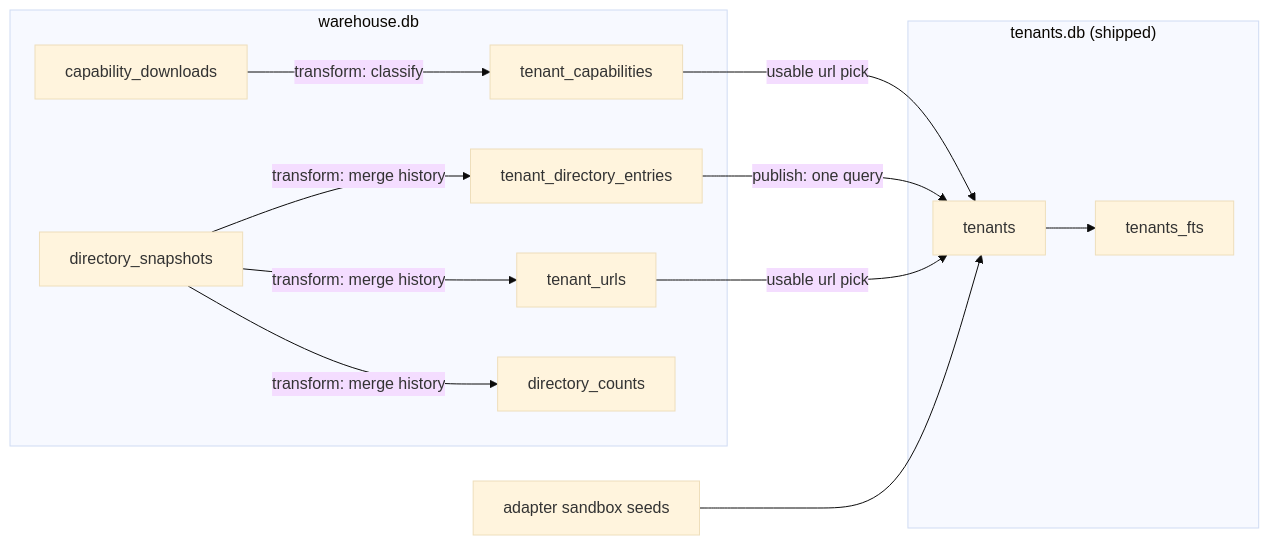
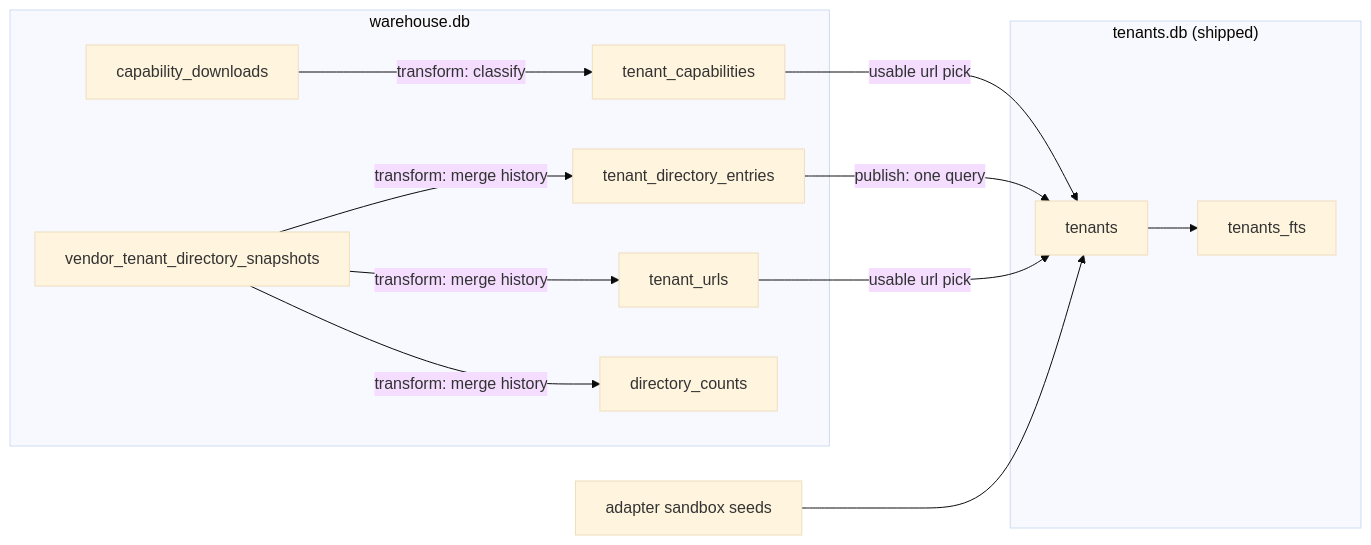
The second of 2 diagrams in libs/emr-pipeline/README.md (cfu288/mere-medical), drawn with Mermaid (base theme) before and after one commit. The commit also changed other lines of this file and 18 other files, not shown here.

````diff
--- a/libs/emr-pipeline/README.md
+++ b/libs/emr-pipeline/README.md
@@ -185,24 +184,24 @@
 ```mermaid
 flowchart LR
   subgraph warehouse["warehouse.db"]
     caps[capability_downloads]
-    snaps[directory_snapshots]
+    snaps[vendor_tenant_directory_snapshots]
     tde[tenant_directory_entries]
     turl[tenant_urls]
     tc[tenant_capabilities]
     dobs[directory_counts]
   end
   subgraph artifact["tenants.db (shipped)"]
     t[tenants]
     fts[tenants_fts]
   end
   seeds[adapter sandbox seeds]
 
   snaps -- "transform: merge history" --> tde & turl & dobs
   caps -- "transform: classify" --> tc
   tde -- "publish: one query" --> t
   turl -- "usable url pick" --> t
   tc -- "usable url pick" --> t
   seeds --> t
   t --> fts
 ```
````
